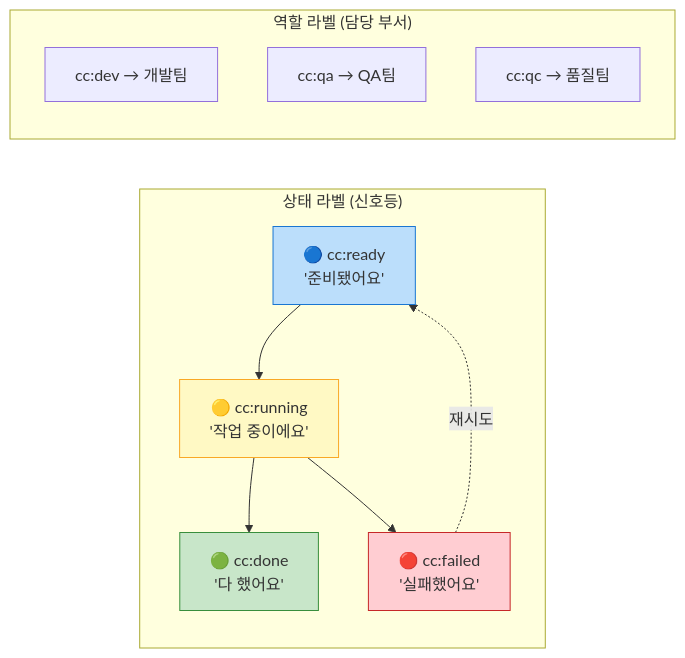
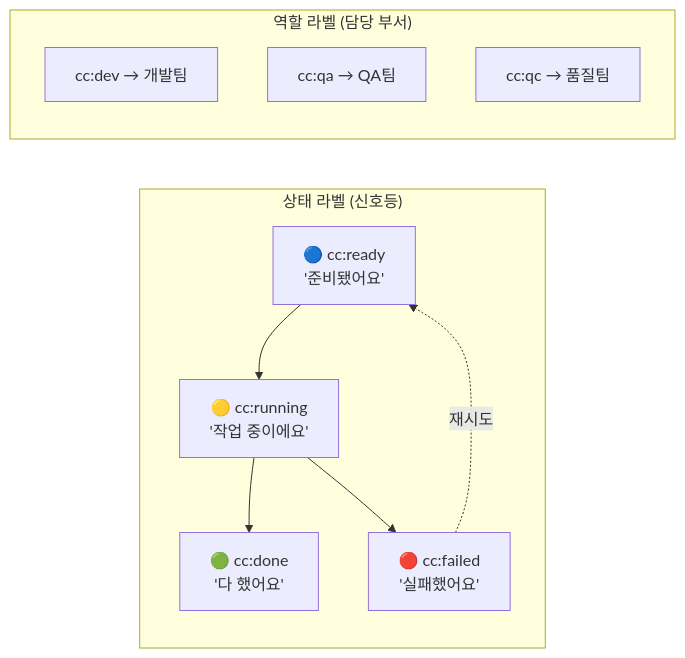
Before and after one commit to tykimos/assiharness: diagram 11 of 17 in README.md, drawn with Mermaid. The commit also changed other lines of this file, not shown here.

First line of the commit message:
fix: remove Mermaid style overrides for light/dark theme compatibility

````diff
--- a/README.md
+++ b/README.md
@@ -375,28 +347,24 @@
 ```mermaid
 graph LR
     subgraph "상태 라벨 (신호등)"
         R["🔵 cc:ready
         '준비됐어요'"]
         U["🟡 cc:running
         '작업 중이에요'"]
         D["🟢 cc:done
         '다 했어요'"]
         F["🔴 cc:failed
         '실패했어요'"]
     end
 
     subgraph "역할 라벨 (담당 부서)"
         DEV["cc:dev → 개발팀"]
         QA["cc:qa → QA팀"]
         QC["cc:qc → 품질팀"]
     end
 
     R --> U --> D
     U --> F
     F -.->|"재시도"| R
 
-    style R fill:#BBDEFB,stroke:#1976D2
-    style U fill:#FFF9C4,stroke:#F9A825
-    style D fill:#C8E6C9,stroke:#388E3C
-    style F fill:#FFCDD2,stroke:#C62828
 ```
````
